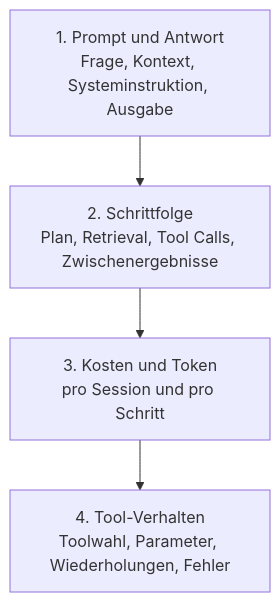
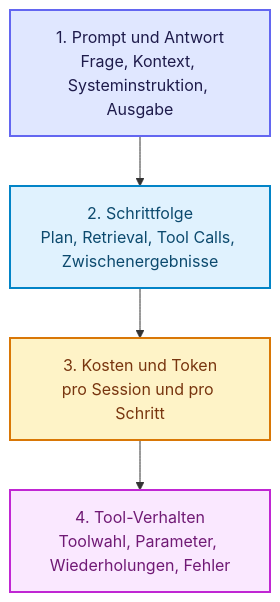
The second of 3 diagrams in docs/07-qualitaet-sicherheit/evaluation-observability.md (ralf-42/Agenten), drawn with Mermaid before and after one commit. The commit also changed other lines of this file and 18 other files, not shown here.

````diff
--- a/docs/07-qualitaet-sicherheit/evaluation-observability.md
+++ b/docs/07-qualitaet-sicherheit/evaluation-observability.md
@@ -88,9 +88,18 @@
 ```mermaid
 flowchart TB
-    L1["1. Prompt und Antwort\nFrage, Kontext, Systeminstruktion, Ausgabe"]
-    L2["2. Schrittfolge\nPlan, Retrieval, Tool Calls, Zwischenergebnisse"]
-    L3["3. Kosten und Token\npro Session und pro Schritt"]
-    L4["4. Tool-Verhalten\nToolwahl, Parameter, Wiederholungen, Fehler"]
+    L1["1. Prompt und Antwort<br/>Frage, Kontext, Systeminstruktion, Ausgabe"]
+    L2["2. Schrittfolge<br/>Plan, Retrieval, Tool Calls, Zwischenergebnisse"]
+    L3["3. Kosten und Token<br/>pro Session und pro Schritt"]
+    L4["4. Tool-Verhalten<br/>Toolwahl, Parameter, Wiederholungen, Fehler"]
 
     L1 --> L2 --> L3 --> L4
+
+    classDef default fill:#e0f2fe,stroke:#0284c7,stroke-width:2px,color:#0c4a6e;
+    classDef input fill:#e0e7ff,stroke:#6366f1,stroke-width:2px,color:#1e1b4b;
+    classDef metric fill:#fef3c7,stroke:#d97706,stroke-width:2px,color:#78350f;
+    classDef target fill:#fae8ff,stroke:#c026d3,stroke-width:2px,color:#701a75;
+
+    class L1 input;
+    class L3 metric;
+    class L4 target;
 ```
````
